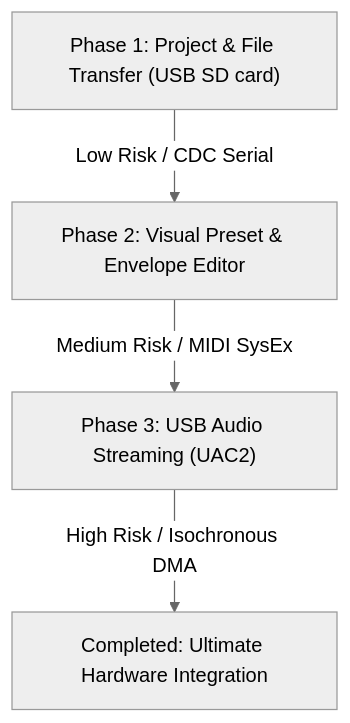
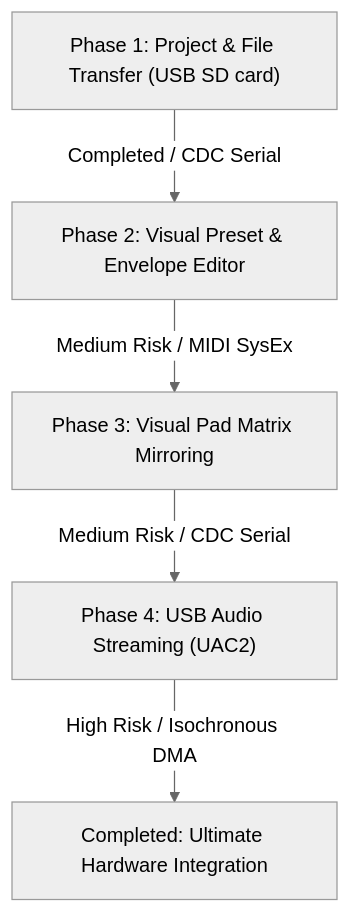
The diagram in docs/usb_integration_roadmap.md (trudaine/deluje), drawn with Mermaid (neutral theme) before and after one commit. The commit also changed other lines of this file, not shown here.

Commit message:
docs: Update roadmap with Phase 1 instructions and Phase 4 audio worries

````diff
--- a/docs/usb_integration_roadmap.md
+++ b/docs/usb_integration_roadmap.md
@@ -29,6 +28,7 @@
 ```mermaid
 graph TD
-    A["Phase 1: Project & File Transfer (USB SD card)"] -->|Low Risk / CDC Serial| B["Phase 2: Visual Preset & Envelope Editor"]
-    B -->|Medium Risk / MIDI SysEx| C["Phase 3: USB Audio Streaming (UAC2)"]
-    C -->|High Risk / Isochronous DMA| D["Completed: Ultimate Hardware Integration"]
+    A["Phase 1: Project & File Transfer (USB SD card)"] -->|Completed / CDC Serial| B["Phase 2: Visual Preset & Envelope Editor"]
+    B -->|Medium Risk / MIDI SysEx| C["Phase 3: Visual Pad Matrix Mirroring"]
+    C -->|Medium Risk / CDC Serial| D["Phase 4: USB Audio Streaming (UAC2)"]
+    D -->|High Risk / Isochronous DMA| E["Completed: Ultimate Hardware Integration"]
 ```
````
